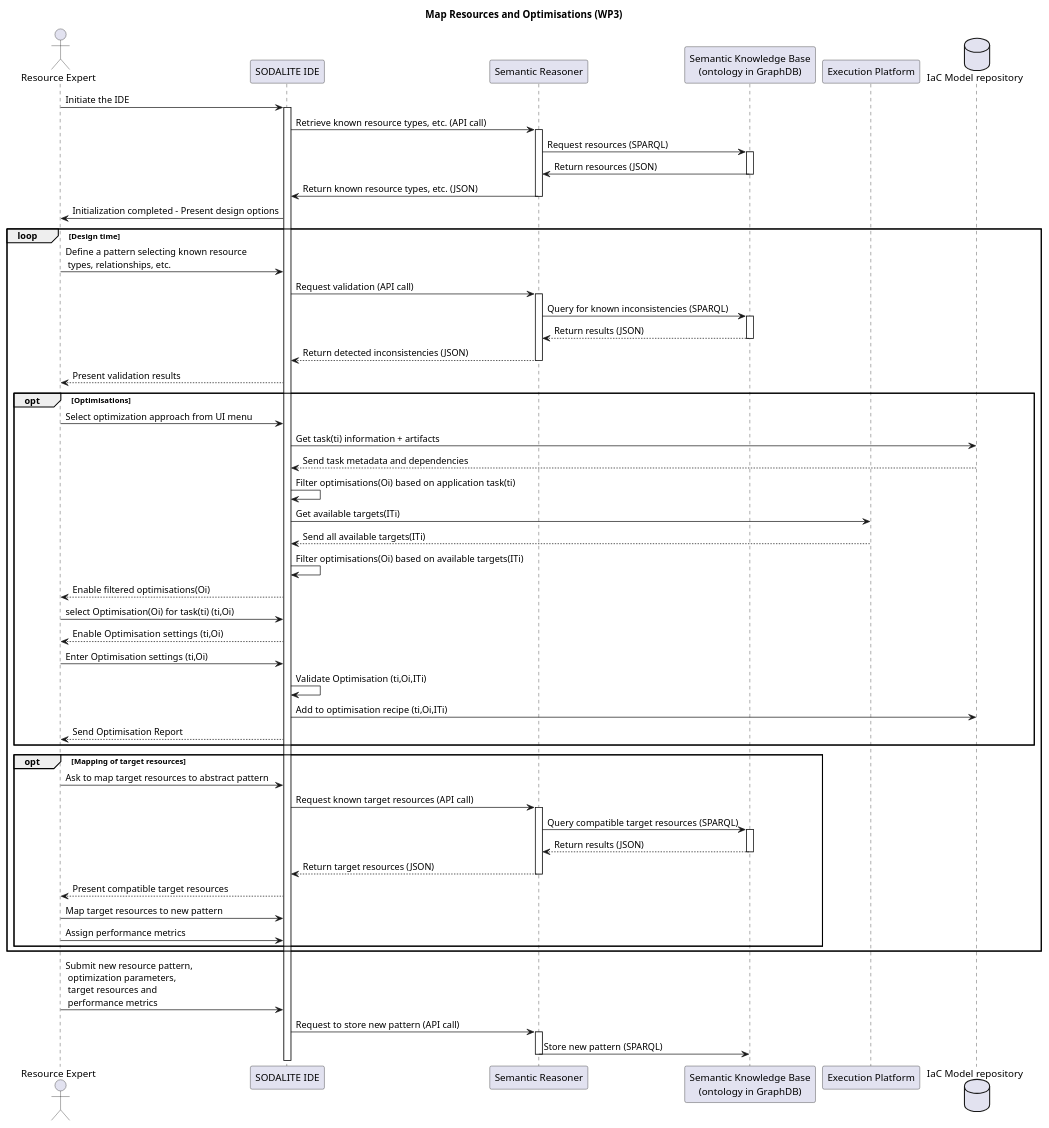
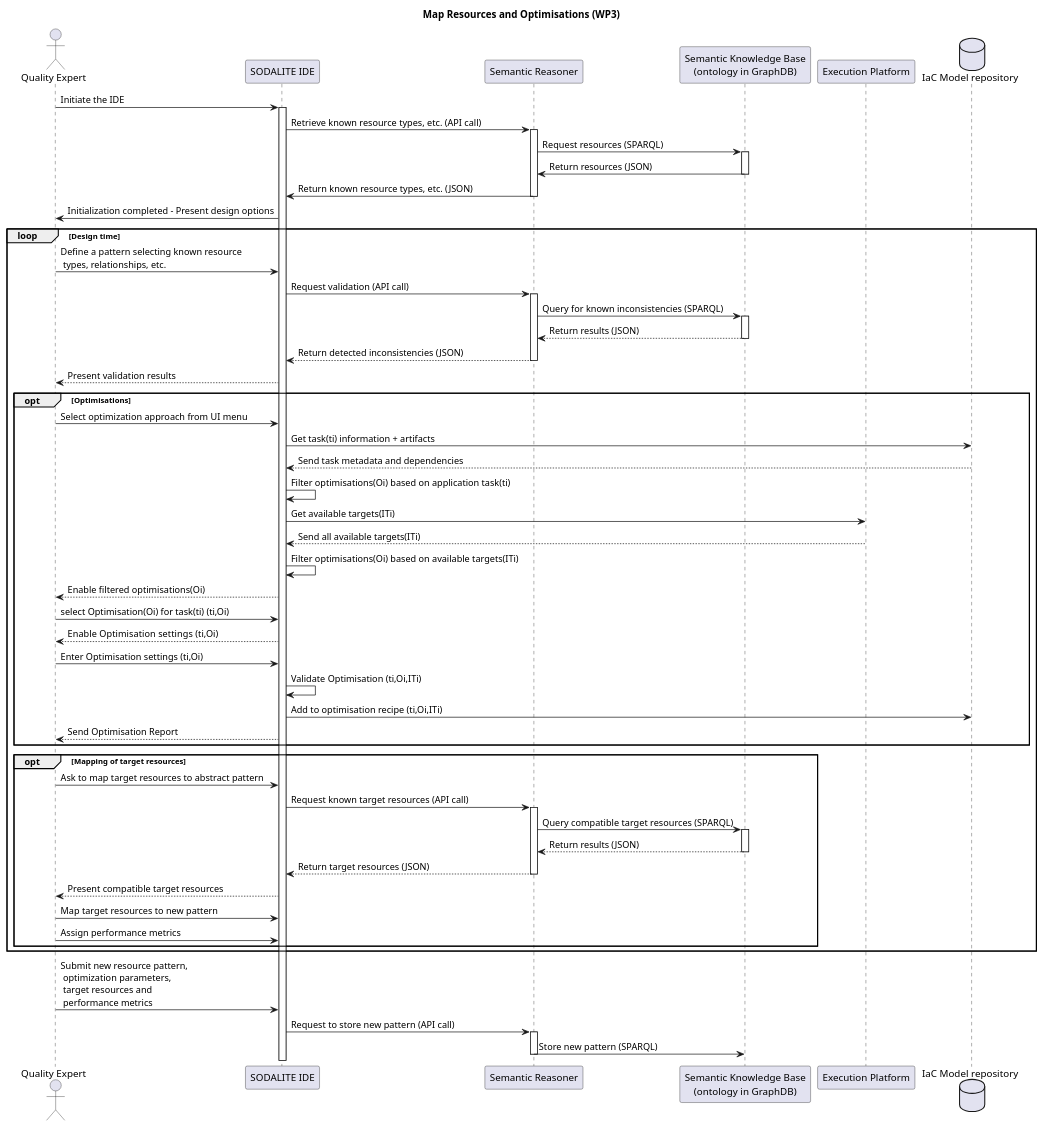
One commit to SODALITE-EU/project-wide-documentation changed the diagram in uml/sequence-diagrams/UC-12-MapResourcesandOptimisations-WP3.puml. Above: the diagram before and after it, drawn with PlantUML. The commit also changed 1 other file, not shown here.

```diff
--- a/uml/sequence-diagrams/UC-12-MapResourcesandOptimisations-WP3.puml
+++ b/uml/sequence-diagrams/UC-12-MapResourcesandOptimisations-WP3.puml
@@ -1,75 +1,75 @@
 @startuml
 
 title Map Resources and Optimisations (WP3)
 
-actor "Resource Expert" as re
+actor "Quality Expert" as qe
 participant "SODALITE IDE" as ide
 participant "Semantic Reasoner" as reasoner
 participant "Semantic Knowledge Base\n(ontology in GraphDB)" as ontology
 participant "Execution Platform" as res
 database "IaC Model repository" as iac
 
-re->ide: Initiate the IDE
+qe->ide: Initiate the IDE
 activate ide
 ide->reasoner: Retrieve known resource types, etc. (API call)
 activate reasoner
 reasoner->ontology: Request resources (SPARQL)
 activate ontology
 ontology->reasoner: Return resources (JSON)
 deactivate ontology
 reasoner->ide: Return known resource types, etc. (JSON)
 deactivate reasoner
-ide->re: Initialization completed - Present design options
+ide->qe: Initialization completed - Present design options
 
 loop Design time
-    re->ide: Define a pattern selecting known resource\n types, relationships, etc.
+    qe->ide: Define a pattern selecting known resource\n types, relationships, etc.
     ide->reasoner: Request validation (API call)
     activate reasoner
     reasoner->ontology: Query for known inconsistencies (SPARQL)
     activate ontology
     ontology-->reasoner: Return results (JSON)
     deactivate ontology
     reasoner-->ide: Return detected inconsistencies (JSON)
     deactivate reasoner
-    ide-->re: Present validation results
+    ide-->qe: Present validation results
 
     opt Optimisations
-        re->ide: Select optimization approach from UI menu
+        qe->ide: Select optimization approach from UI menu
         ide->iac: Get task(ti) information + artifacts
         iac-->ide: Send task metadata and dependencies
         ide->ide: Filter optimisations(Oi) based on application task(ti)
         ide->res: Get available targets(ITi)
         res-->ide: Send all available targets(ITi)
         ide->ide: Filter optimisations(Oi) based on available targets(ITi)
-        ide-->re: Enable filtered optimisations(Oi)
-        re->ide: select Optimisation(Oi) for task(ti) (ti,Oi)
-        ide --> re:  Enable Optimisation settings  (ti,Oi)
-        re  -> ide: Enter Optimisation settings (ti,Oi)
+        ide-->qe: Enable filtered optimisations(Oi)
+        qe->ide: select Optimisation(Oi) for task(ti) (ti,Oi)
+        ide --> qe:  Enable Optimisation settings  (ti,Oi)
+        qe  -> ide: Enter Optimisation settings (ti,Oi)
         ide -> ide: Validate Optimisation (ti,Oi,ITi)
         ide -> iac: Add to optimisation recipe (ti,Oi,ITi)
-        ide --> re:  Send Optimisation Report
+        ide --> qe:  Send Optimisation Report
     end
 
     opt Mapping of target resources
-        re->ide: Ask to map target resources to abstract pattern
+        qe->ide: Ask to map target resources to abstract pattern
         ide->reasoner: Request known target resources (API call)
         activate reasoner
         reasoner->ontology: Query compatible target resources (SPARQL)
         activate ontology
         ontology-->reasoner: Return results (JSON)
         deactivate ontology
         reasoner-->ide: Return target resources (JSON)
         deactivate reasoner
-        ide-->re: Present compatible target resources
-        re->ide: Map target resources to new pattern
-        re->ide: Assign performance metrics
+        ide-->qe: Present compatible target resources
+        qe->ide: Map target resources to new pattern
+        qe->ide: Assign performance metrics
     end
 end
 
-re->ide: Submit new resource pattern,\n optimization parameters,\n target resources and\n performance metrics
+qe->ide: Submit new resource pattern,\n optimization parameters,\n target resources and\n performance metrics
 ide->reasoner: Request to store new pattern (API call)
 activate reasoner
 reasoner->ontology: Store new pattern (SPARQL)
 deactivate reasoner
 
 @enduml
```
